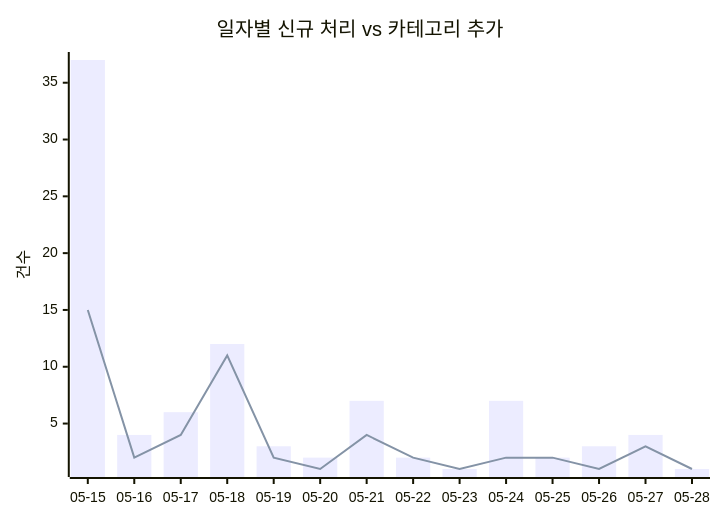
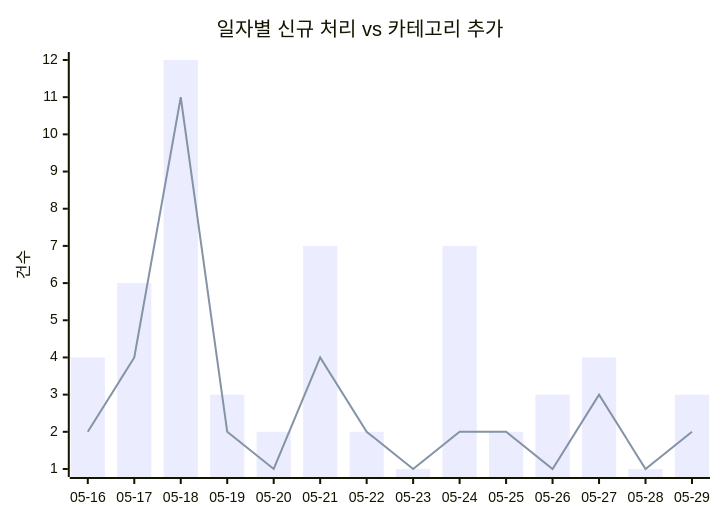
The first of 2 diagrams in docs/trends.md (J-nowcow/awesome-korean-agent-skills), drawn with Mermaid before and after one commit. The commit also changed other lines of this file and 5 other files, not shown here.

````diff
--- a/docs/trends.md
+++ b/docs/trends.md
@@ -32,8 +32,8 @@
 ```mermaid
 xychart-beta
     title "일자별 신규 처리 vs 카테고리 추가"
-    x-axis ["05-15","05-16","05-17","05-18","05-19","05-20","05-21","05-22","05-23","05-24","05-25","05-26","05-27","05-28"]
+    x-axis ["05-16","05-17","05-18","05-19","05-20","05-21","05-22","05-23","05-24","05-25","05-26","05-27","05-28","05-29"]
     y-axis "건수"
-    bar [37,4,6,12,3,2,7,2,1,7,2,3,4,1]
-    line [15,2,4,11,2,1,4,2,1,2,2,1,3,1]
+    bar [4,6,12,3,2,7,2,1,7,2,3,4,1,3]
+    line [2,4,11,2,1,4,2,1,2,2,1,3,1,2]
 ```
````
